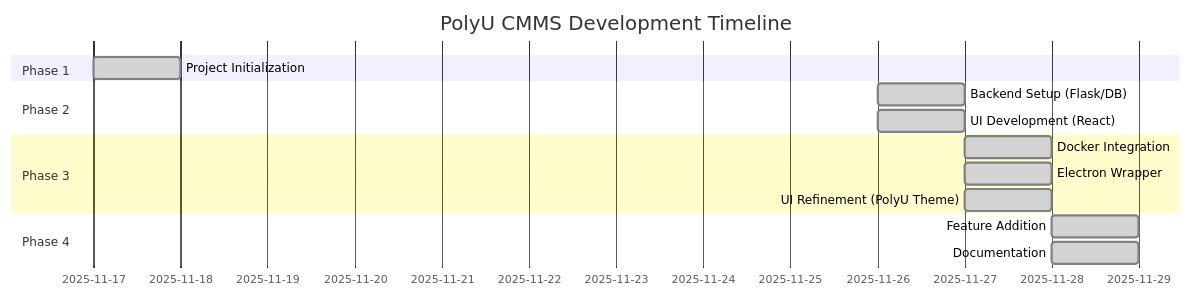
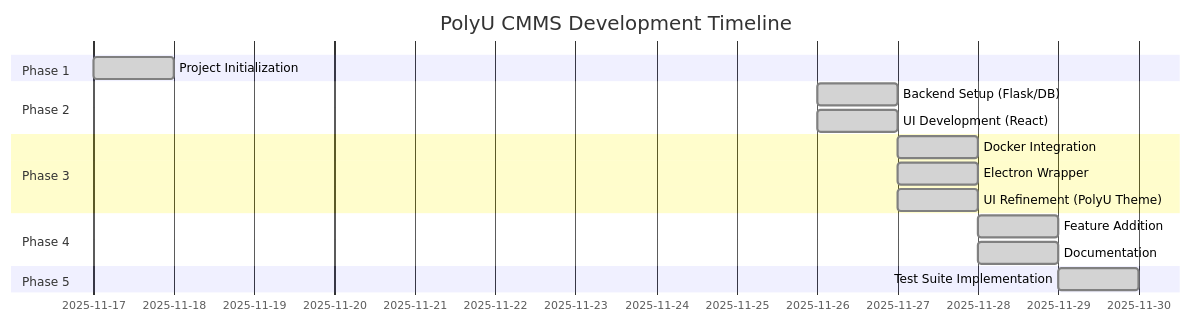
One commit to HaochenFa/COMP2411_DBMS_CMMS_GroupProject changed the first of 13 diagrams in PROJECT_REPORT.md. Above: the diagram before and after it, drawn with Mermaid. The commit also changed other lines of this file, not shown here.

````diff
--- a/PROJECT_REPORT.md
+++ b/PROJECT_REPORT.md
@@ -46,17 +46,19 @@
 ```mermaid
 gantt
     title PolyU CMMS Development Timeline
     dateFormat  YYYY-MM-DD
     section Phase 1
     Project Initialization     :done, init, 2025-11-17, 1d
     section Phase 2
     Backend Setup (Flask/DB)   :done, backend1, 2025-11-26, 1d
     UI Development (React)     :done, ui1, 2025-11-26, 1d
     section Phase 3
     Docker Integration         :done, docker, 2025-11-27, 1d
     Electron Wrapper           :done, electron, 2025-11-27, 1d
     UI Refinement (PolyU Theme):done, ui2, 2025-11-27, 1d
     section Phase 4
     Feature Addition           :done, features, 2025-11-28, 1d
     Documentation              :done, docs, 2025-11-28, 1d
+    section Phase 5
+    Test Suite Implementation  :done, testing, 2025-11-29, 1d
 ```
````
